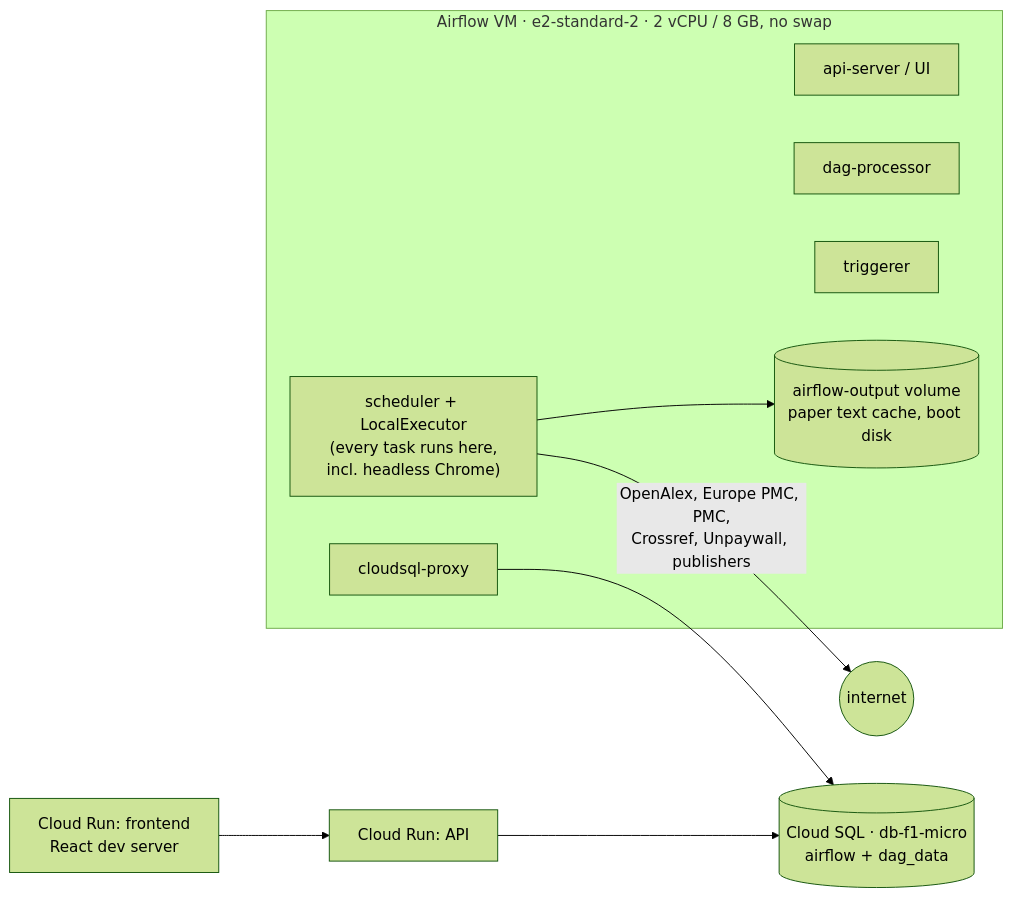
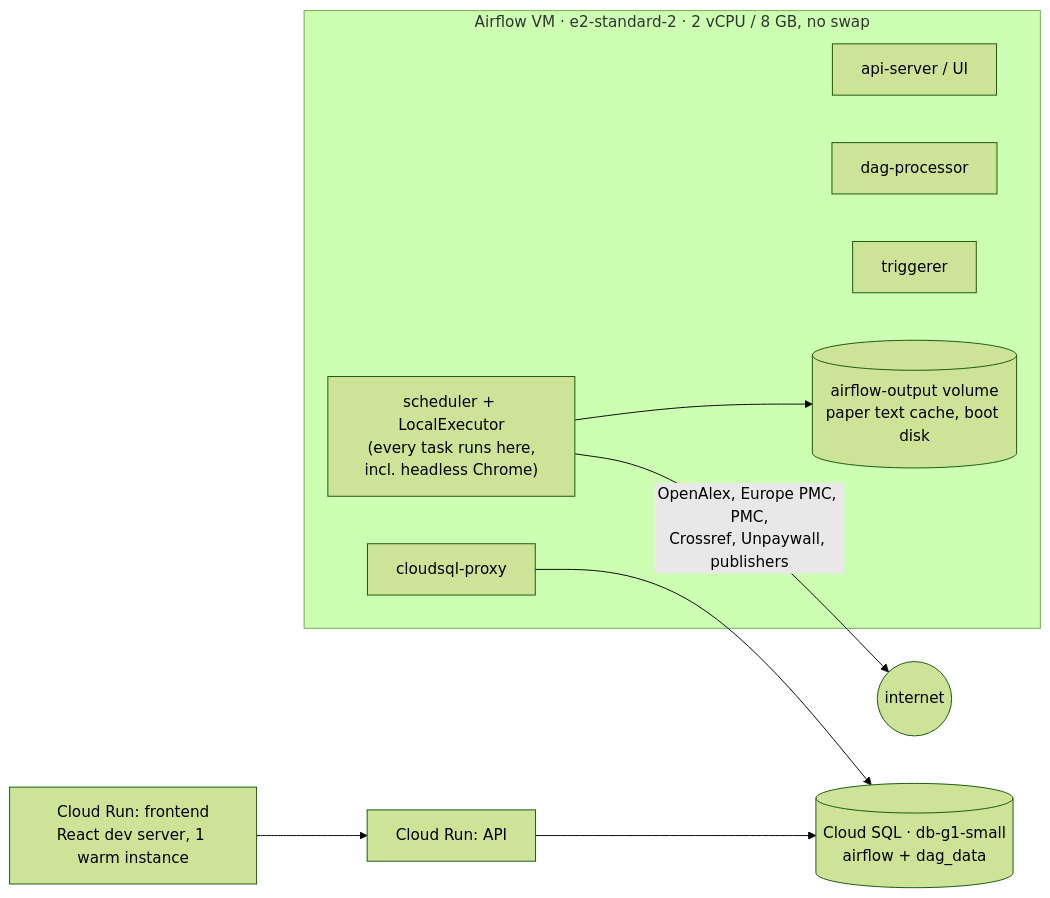
Before and after one commit to Neuro-D3/neurod3: the second of 2 diagrams in docs/PRODUCTION_TODO.md, drawn with Mermaid (forest theme). The commit also changed other lines of this file and 6 other files, not shown here.

First line of the commit message:
Staging: warm Cloud Run instances, Cloud SQL to db-g1-small, LF for deploy files (#101)

````diff
--- a/docs/PRODUCTION_TODO.md
+++ b/docs/PRODUCTION_TODO.md
@@ -39,17 +39,17 @@
 ```mermaid
 flowchart LR
   subgraph VM["Airflow VM · e2-standard-2 · 2 vCPU / 8 GB, no swap"]
     UI[api-server / UI] 
     S["scheduler + LocalExecutor<br/>(every task runs here,<br/>incl. headless Chrome)"]
     P[dag-processor]
     T[triggerer]
     V[("airflow-output volume<br/>paper text cache, boot disk")]
     X[cloudsql-proxy]
   end
-  SQL[("Cloud SQL · db-f1-micro<br/>airflow + dag_data")]
+  SQL[("Cloud SQL · db-g1-small<br/>airflow + dag_data")]
   API[Cloud Run: API] --> SQL
-  FE[Cloud Run: frontend<br/>React dev server] --> API
+  FE[Cloud Run: frontend<br/>React dev server, 1 warm instance] --> API
   X --> SQL
   S --> V
   S -->|OpenAlex, Europe PMC, PMC,<br/>Crossref, Unpaywall, publishers| NET((internet))
 ```
````
